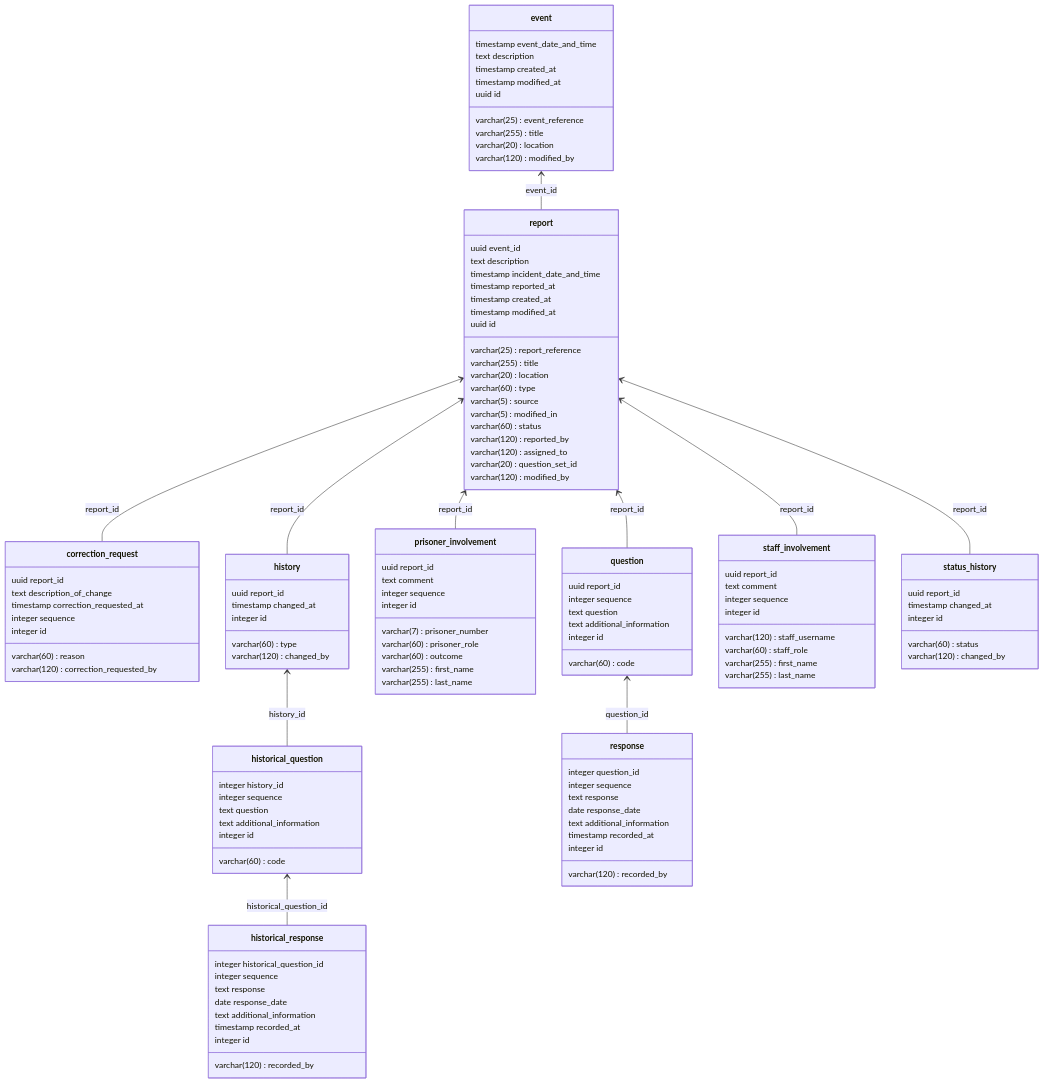
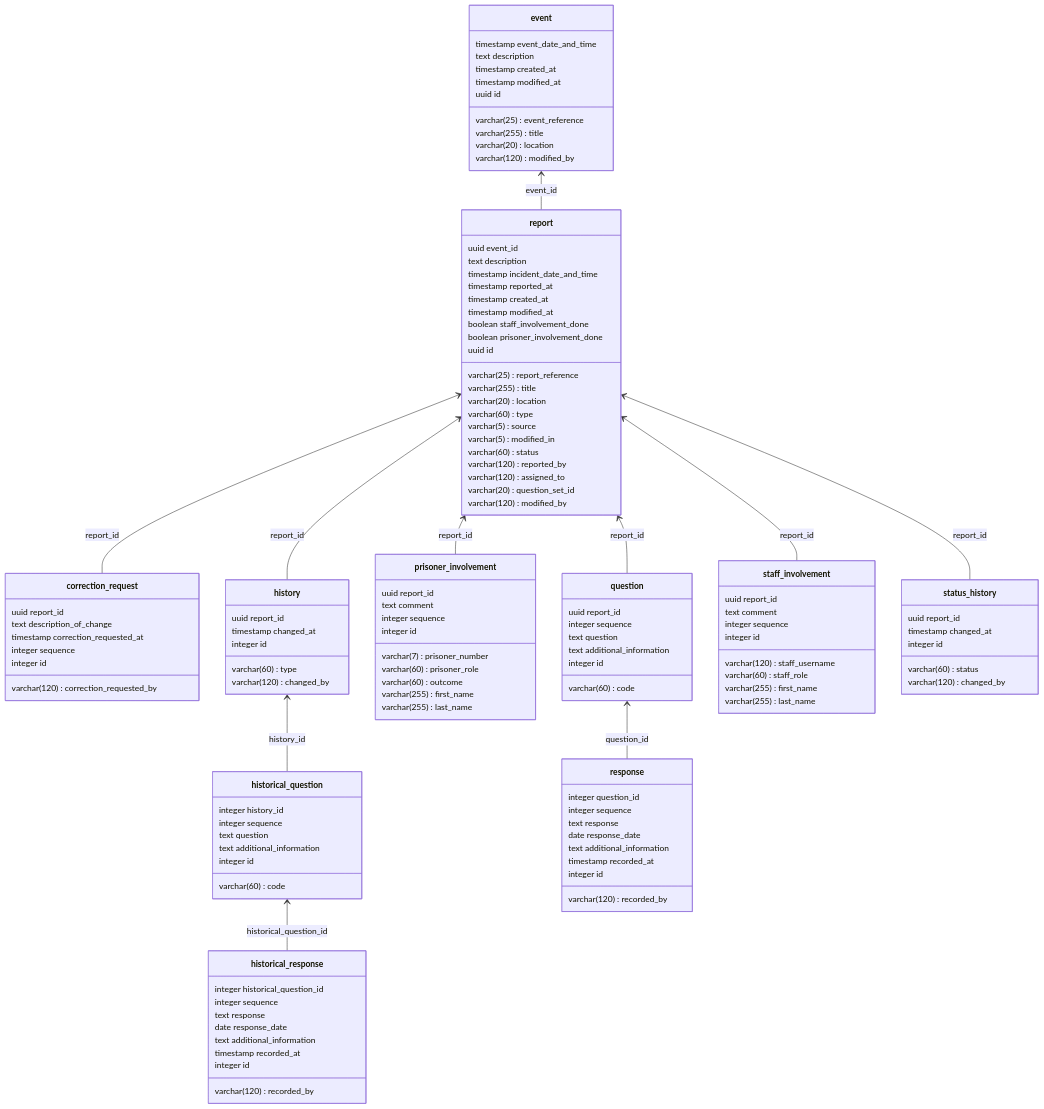
The second of 2 diagrams in docs/0004-modeling-irs.md (ministryofjustice/hmpps-incident-reporting-api), drawn with Mermaid before and after one commit. The commit also changed other lines of this file and 71 other files, not shown here.

```diff
--- a/docs/0004-modeling-irs.md
+++ b/docs/0004-modeling-irs.md
@@ -138,7 +139,6 @@
     direction BT
     class correction_request {
         uuid report_id
-        varchar(60) reason
         text description_of_change
         timestamp correction_requested_at
         varchar(120) correction_requested_by
@@ -218,6 +218,8 @@
         timestamp created_at
         varchar(120) modified_by
         timestamp modified_at
+        boolean staff_involvement_done
+        boolean prisoner_involvement_done
         uuid id
     }
     class response {
```
